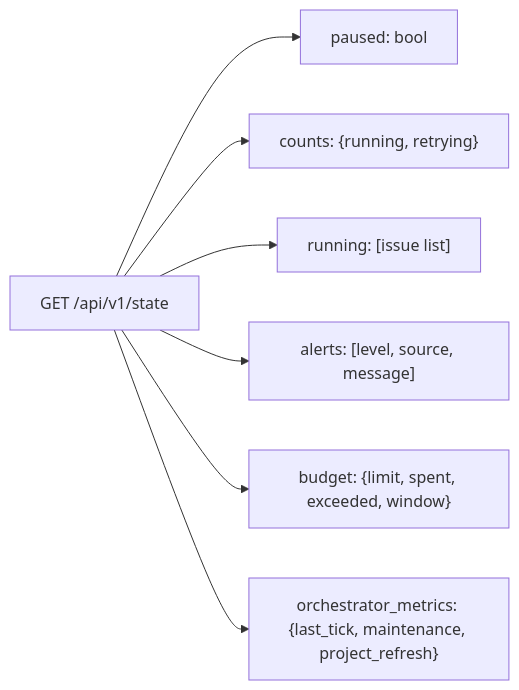
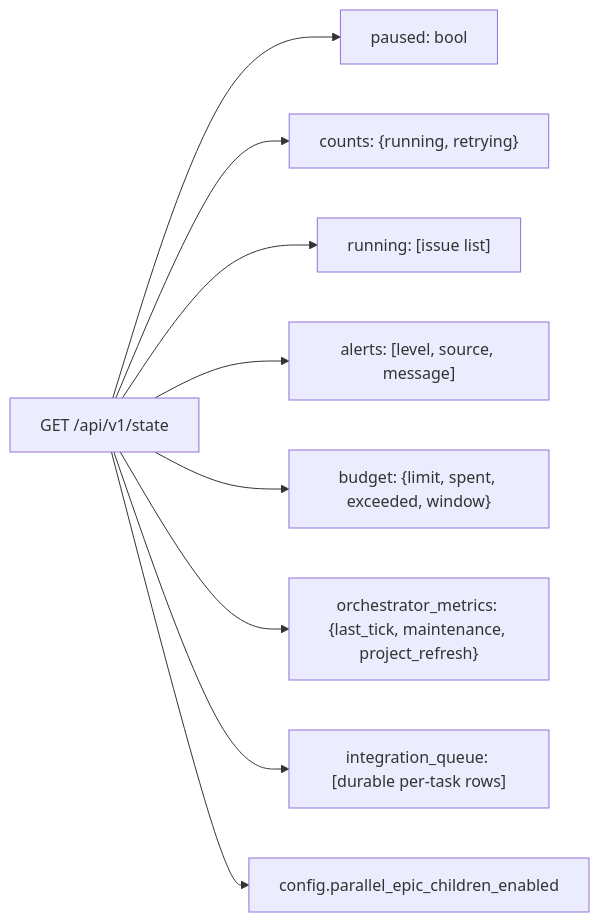
The diagram in docs/operator-runbook.md (lesserevil/oompah), drawn with Mermaid before and after one commit. The commit also changed other lines of this file and 35 other files, not shown here.

First line of the commit message:
Complete parallel epic coordination and integration

````diff
--- a/docs/operator-runbook.md
+++ b/docs/operator-runbook.md
@@ -727,9 +759,11 @@
 ```mermaid
 flowchart LR
     S[GET /api/v1/state] --> P["paused: bool"]
     S --> C["counts: {running, retrying}"]
     S --> R["running: [issue list]"]
     S --> A["alerts: [level, source, message]"]
     S --> B["budget: {limit, spent, exceeded, window}"]
     S --> M["orchestrator_metrics: {last_tick, maintenance, project_refresh}"]
+    S --> I["integration_queue: [durable per-task rows]"]
+    S --> F["config.parallel_epic_children_enabled"]
 ```
````
